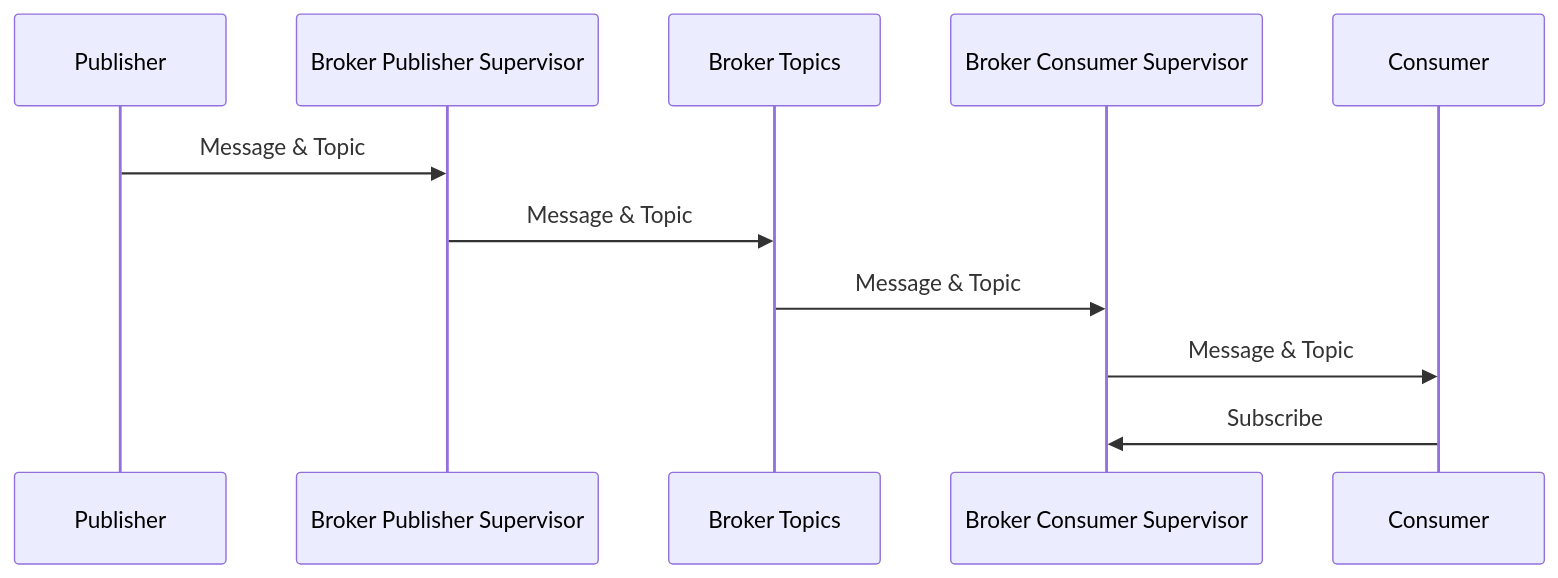
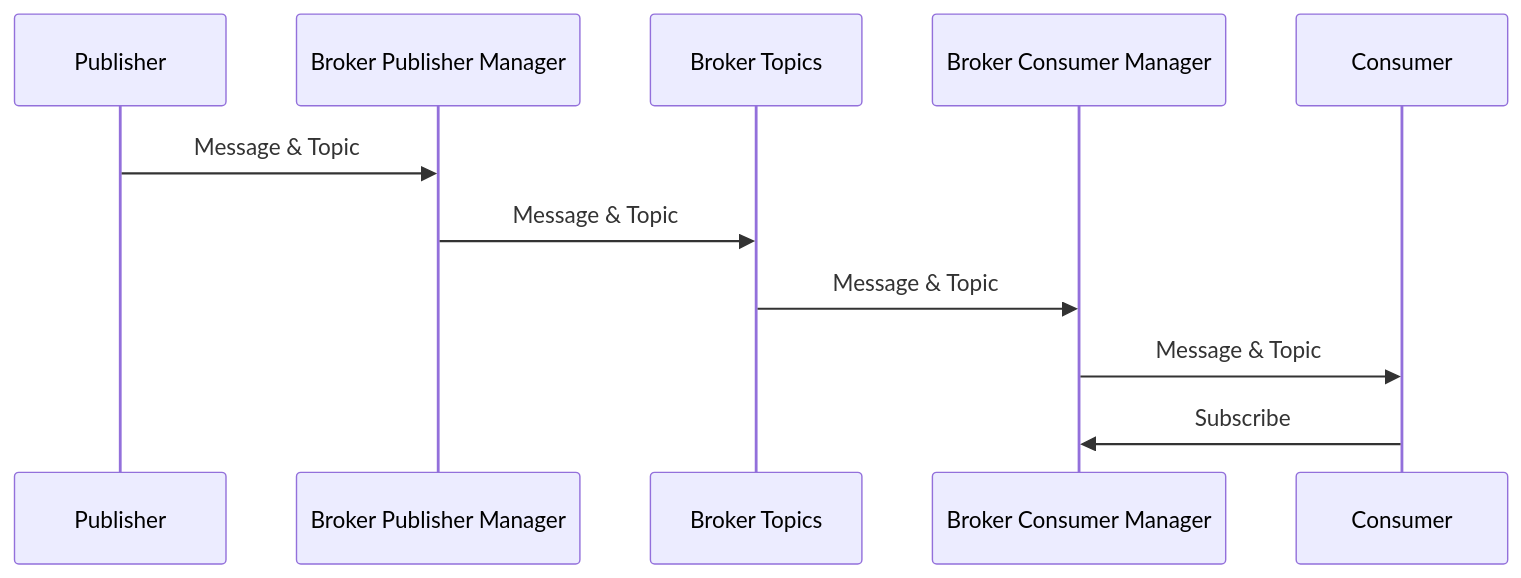
The diagram in lab2/diagrams/message_flow_diagram.md (eugencic/real-time-programming), drawn with Mermaid before and after one commit. The commit also changed 1 other file, not shown here.

Commit message:
add supervision tree diagram and modify message flow diagram

````diff
--- a/lab2/diagrams/message_flow_diagram.md
+++ b/lab2/diagrams/message_flow_diagram.md
@@ -1,8 +1,8 @@
 ```mermaid
 sequenceDiagram
-    Publisher->>Broker Publisher Supervisor: Message & Topic
-    Broker Publisher Supervisor->>Broker Topics: Message & Topic
-    Broker Topics->>Broker Consumer Supervisor: Message & Topic
-    Broker Consumer Supervisor->>Consumer: Message & Topic
-    Consumer->>Broker Consumer Supervisor: Subscribe
+    Publisher->>Broker Publisher Manager: Message & Topic
+    Broker Publisher Manager->>Broker Topics: Message & Topic
+    Broker Topics->>Broker Consumer Manager: Message & Topic
+    Broker Consumer Manager->>Consumer: Message & Topic
+    Consumer->>Broker Consumer Manager: Subscribe
 ```
````
